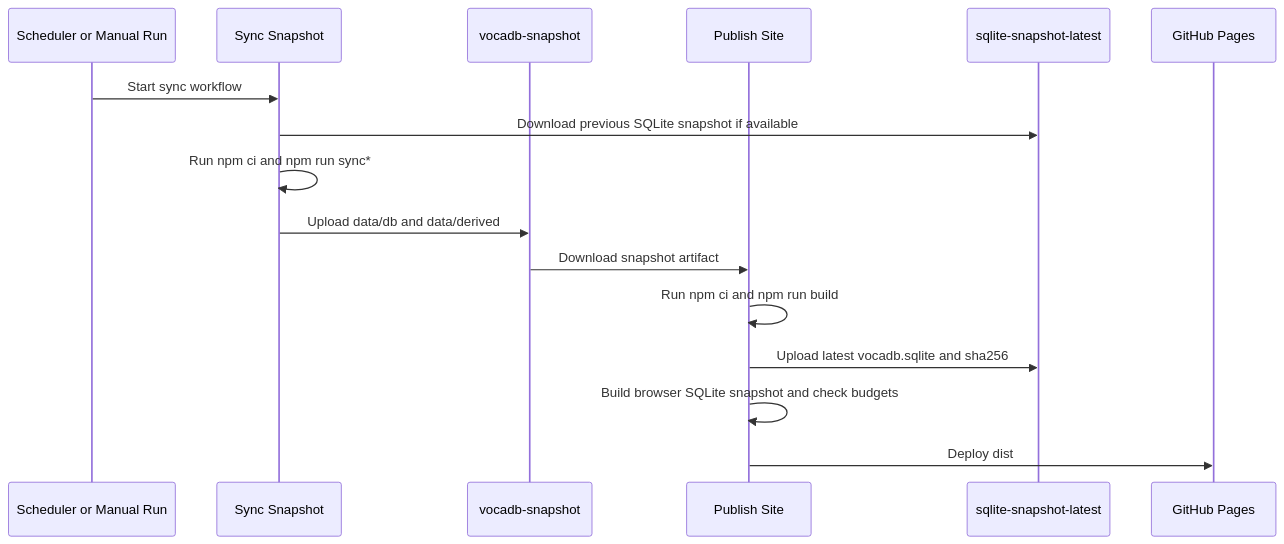
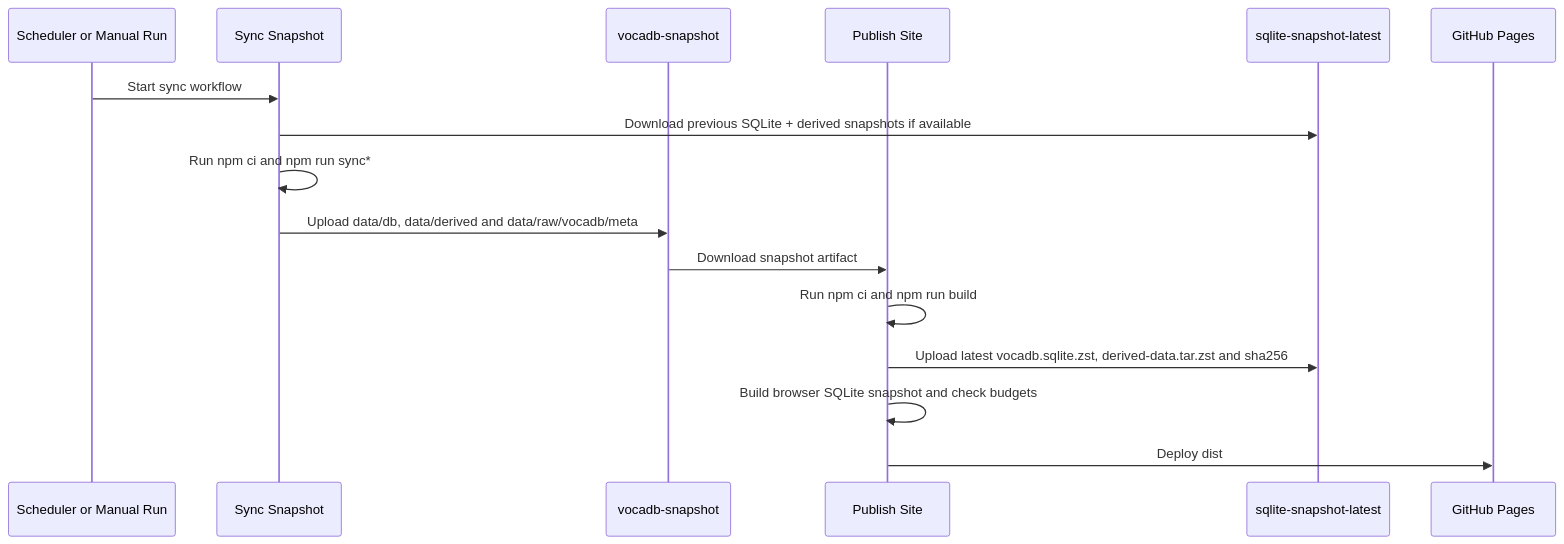
One commit to tokuseiHagane/MyMikuGuide changed the first of 2 diagrams in docs/operations.md. Above: the diagram before and after it, drawn with Mermaid. The commit also changed other lines of this file and 5 other files, not shown here.

````diff
--- a/docs/operations.md
+++ b/docs/operations.md
@@ -12,19 +12,19 @@
 ```mermaid
 sequenceDiagram
     participant Scheduler as Scheduler or Manual Run
     participant Sync as Sync Snapshot
     participant Artifact as vocadb-snapshot
     participant Publish as Publish Site
     participant Release as sqlite-snapshot-latest
     participant Pages as GitHub Pages
 
     Scheduler->>Sync: Start sync workflow
-    Sync->>Release: Download previous SQLite snapshot if available
+    Sync->>Release: Download previous SQLite + derived snapshots if available
     Sync->>Sync: Run npm ci and npm run sync*
-    Sync->>Artifact: Upload data/db and data/derived
+    Sync->>Artifact: Upload data/db, data/derived and data/raw/vocadb/meta
     Artifact->>Publish: Download snapshot artifact
     Publish->>Publish: Run npm ci and npm run build
-    Publish->>Release: Upload latest vocadb.sqlite and sha256
+    Publish->>Release: Upload latest vocadb.sqlite.zst, derived-data.tar.zst and sha256
     Publish->>Publish: Build browser SQLite snapshot and check budgets
     Publish->>Pages: Deploy dist
 ```
````
